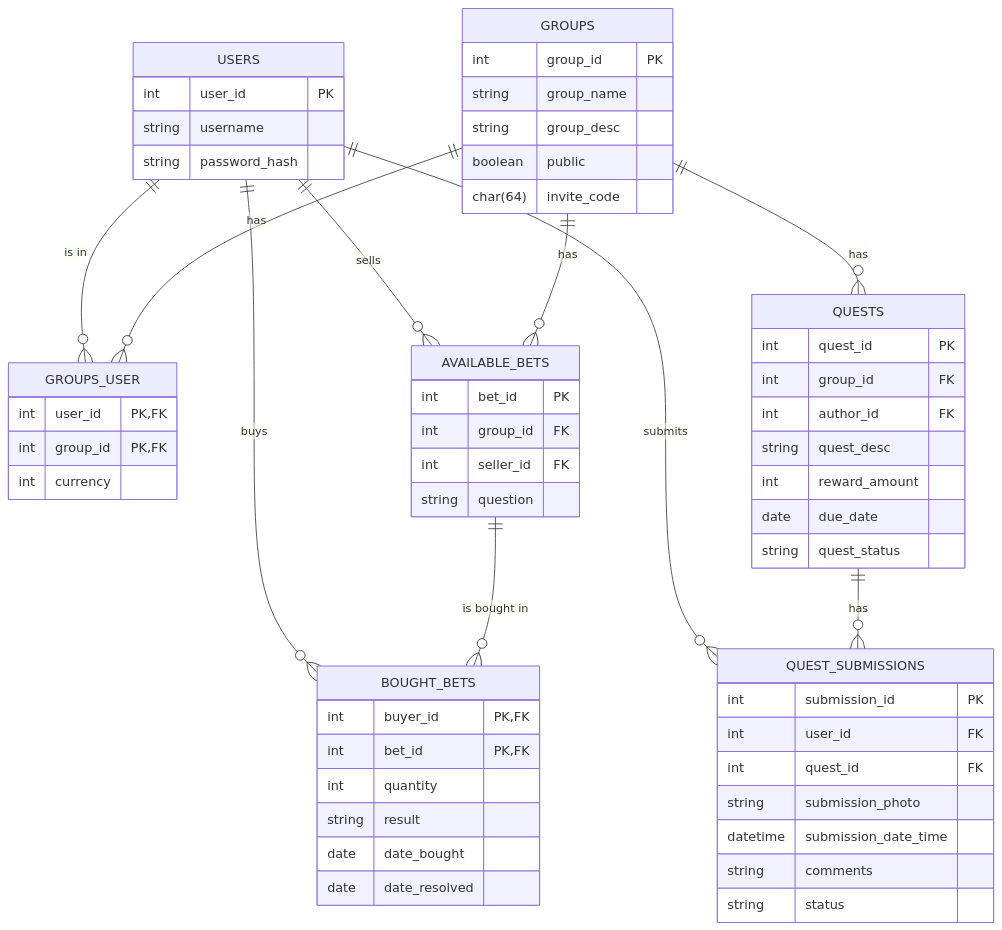
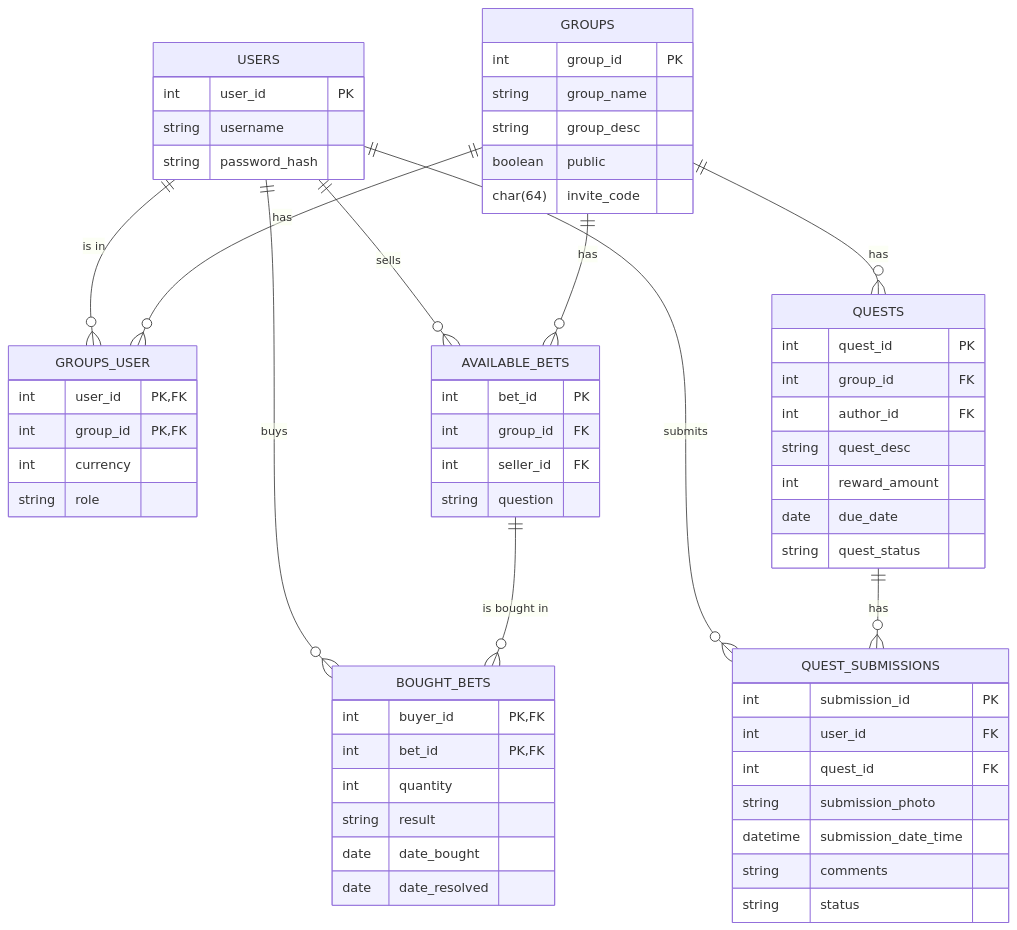
Before and after one commit to jdolak/sidequest: the diagram in docs/erd.md, drawn with Mermaid.

````diff
--- a/docs/erd.md
+++ b/docs/erd.md
@@ -1,69 +1,70 @@
 ```mermaid
 erDiagram
     USERS {
         int user_id PK
         string username
         string password_hash
     }
 
     GROUPS {
         int group_id PK
         string group_name
         string group_desc
         boolean public
         char(64) invite_code
     }
 
     GROUPS_USER {
         int user_id PK,FK
         int group_id PK,FK
         int currency
+        string role
     }
 
     AVAILABLE_BETS {
         int bet_id PK
         int group_id FK
         int seller_id FK
         string question
     }
 
     BOUGHT_BETS {
         int buyer_id PK,FK
         int bet_id PK,FK
         int quantity
         string result
         date date_bought
         date date_resolved
     }
 
     QUESTS {
         int quest_id PK
         int group_id FK
         int author_id FK
         string quest_desc
         int reward_amount
         date due_date
         string quest_status
     }
 
     QUEST_SUBMISSIONS {
         int submission_id PK
         int user_id FK
         int quest_id FK
         string submission_photo
         datetime submission_date_time
         string comments
         string status
     }
 
     USERS ||--o{ GROUPS_USER : "is in"
     GROUPS ||--o{ GROUPS_USER : "has"
     USERS ||--o{ AVAILABLE_BETS : "sells"
     GROUPS ||--o{ AVAILABLE_BETS : "has"
     USERS ||--o{ BOUGHT_BETS : "buys"
     AVAILABLE_BETS ||--o{ BOUGHT_BETS : "is bought in"
     GROUPS ||--o{ QUESTS : "has"
     USERS ||--o{ QUEST_SUBMISSIONS : "submits"
     QUESTS ||--o{ QUEST_SUBMISSIONS : "has"
 
 ```
````
